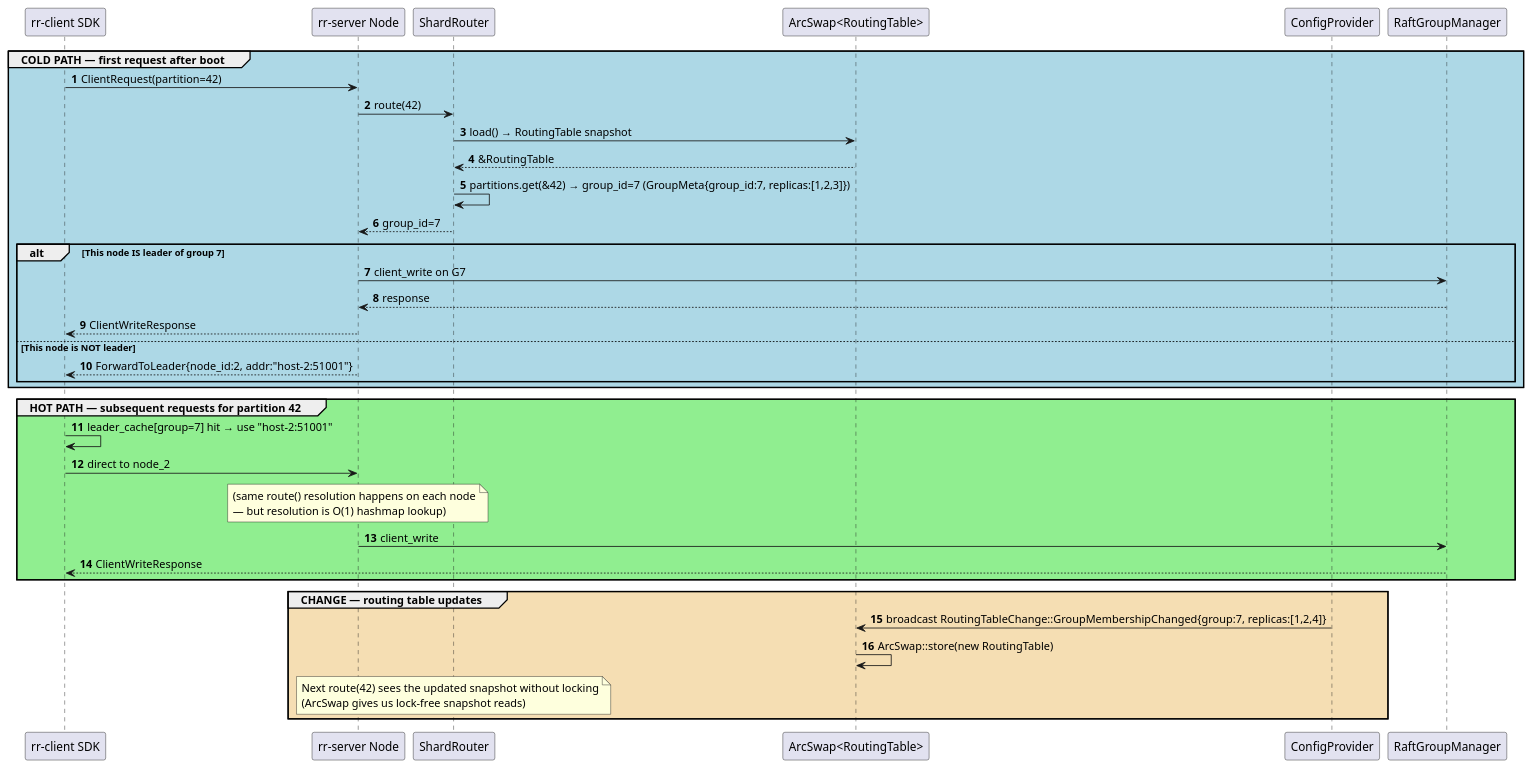
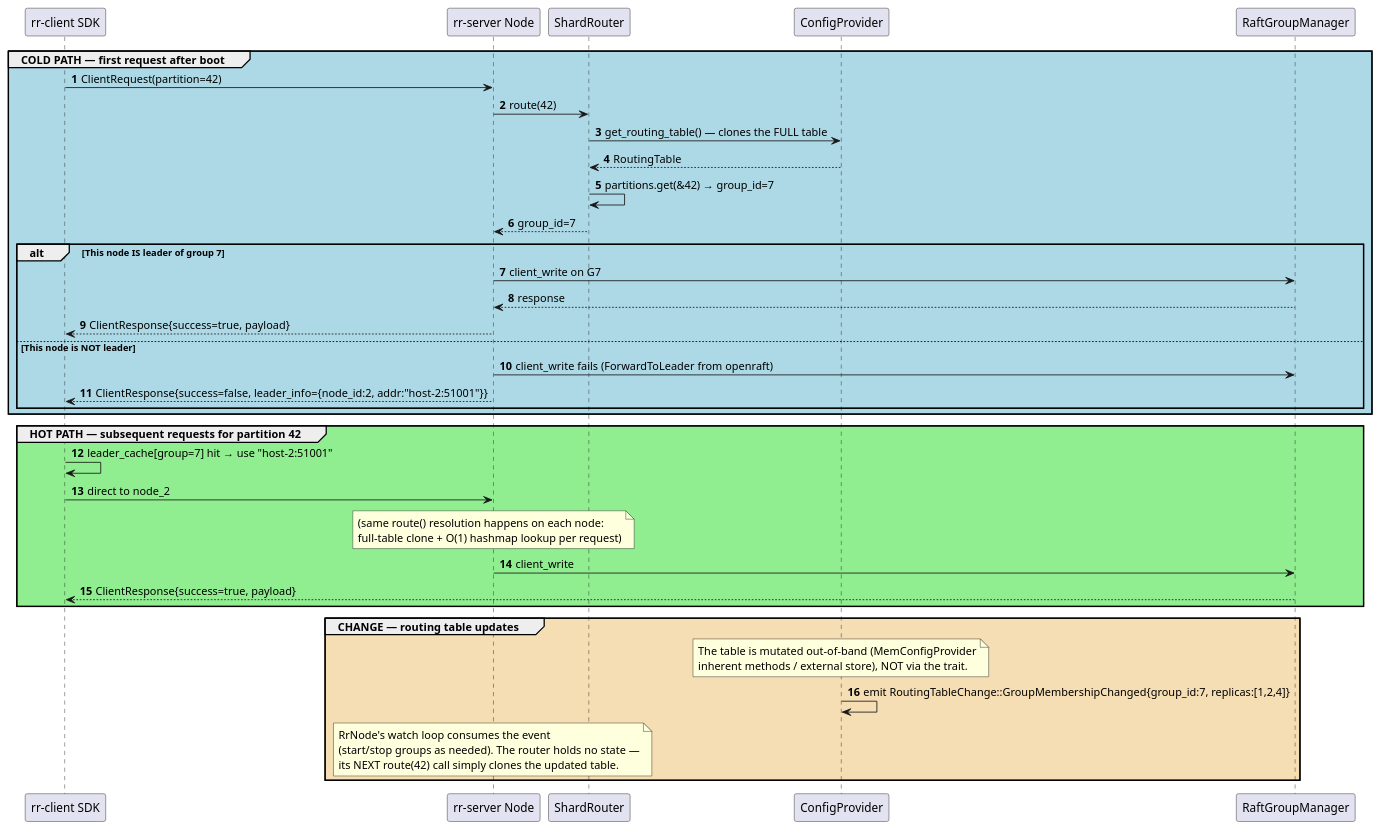
Before and after one commit to gardenias/rr: the second of 2 diagrams in docs/docs/architecture/c4/dynamic-shard-routing.md, drawn with PlantUML. The commit also changed other lines of this file and 18 other files, not shown here.

First line of the commit message:
docs(architecture): correct factual drift against current code

````diff
--- a/docs/docs/architecture/c4/dynamic-shard-routing.md
+++ b/docs/docs/architecture/c4/dynamic-shard-routing.md
@@ -46,42 +44,42 @@
 ```plantuml
 @startuml
 autonumber
 participant Client as "rr-client SDK"
 participant Node as "rr-server Node"
 participant Router as "ShardRouter"
-participant Snap as "ArcSwap<RoutingTable>"
 participant Cfg as "ConfigProvider"
 participant Raft as "RaftGroupManager"
 
 group #LightBlue COLD PATH — first request after boot
   Client -> Node : ClientRequest(partition=42)
   Node -> Router : route(42)
-  Router -> Snap : load() → RoutingTable snapshot
-  Snap --> Router : &RoutingTable
-  Router -> Router : partitions.get(&42) → group_id=7 (GroupMeta{group_id:7, replicas:[1,2,3]})
+  Router -> Cfg : get_routing_table() — clones the FULL table
+  Cfg --> Router : RoutingTable
+  Router -> Router : partitions.get(&42) → group_id=7
   Router --> Node : group_id=7
 
   alt This node IS leader of group 7
     Node -> Raft : client_write on G7
     Raft --> Node : response
-    Node --> Client : ClientWriteResponse
+    Node --> Client : ClientResponse{success=true, payload}
   else This node is NOT leader
-    Node --> Client : ForwardToLeader{node_id:2, addr:"host-2:51001"}
+    Node -> Raft : client_write fails (ForwardToLeader from openraft)
+    Node --> Client : ClientResponse{success=false, leader_info={node_id:2, addr:"host-2:51001"}}
   end
 end
 
 group #LightGreen HOT PATH — subsequent requests for partition 42
   Client -> Client : leader_cache[group=7] hit → use "host-2:51001"
   Client -> Node : direct to node_2
-  note over Node : (same route() resolution happens on each node\n— but resolution is O(1) hashmap lookup)
+  note over Node : (same route() resolution happens on each node:\nfull-table clone + O(1) hashmap lookup per request)
   Node -> Raft : client_write
-  Raft --> Client : ClientWriteResponse
+  Raft --> Client : ClientResponse{success=true, payload}
 end
 
 group #Wheat CHANGE — routing table updates
-  Cfg -> Snap : broadcast RoutingTableChange::GroupMembershipChanged{group:7, replicas:[1,2,4]}
-  Snap -> Snap : ArcSwap::store(new RoutingTable)
-  note over Router : Next route(42) sees the updated snapshot without locking\n(ArcSwap gives us lock-free snapshot reads)
+  note over Cfg : The table is mutated out-of-band (MemConfigProvider\ninherent methods / external store), NOT via the trait.
+  Cfg -> Cfg : emit RoutingTableChange::GroupMembershipChanged{group_id:7, replicas:[1,2,4]}
+  note over Node : RrNode's watch loop consumes the event\n(start/stop groups as needed). The router holds no state —\nits NEXT route(42) call simply clones the updated table.
 end
 @enduml
 ```
````
